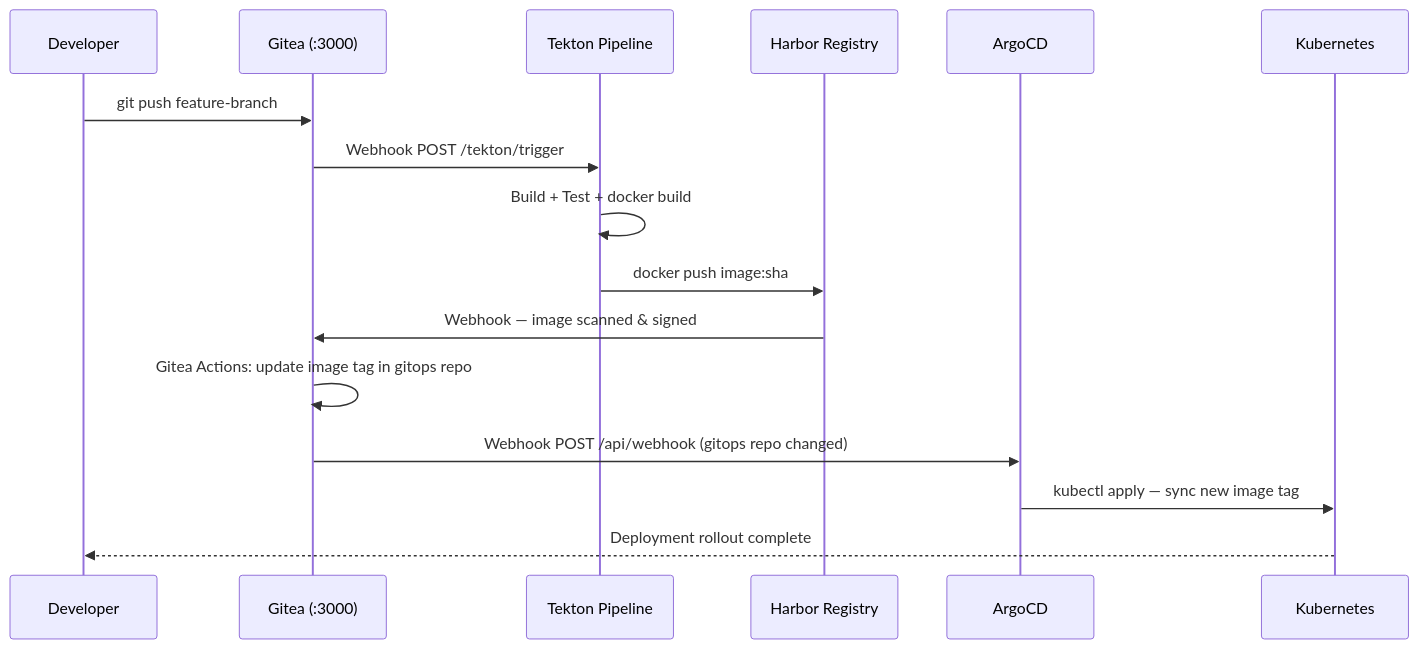
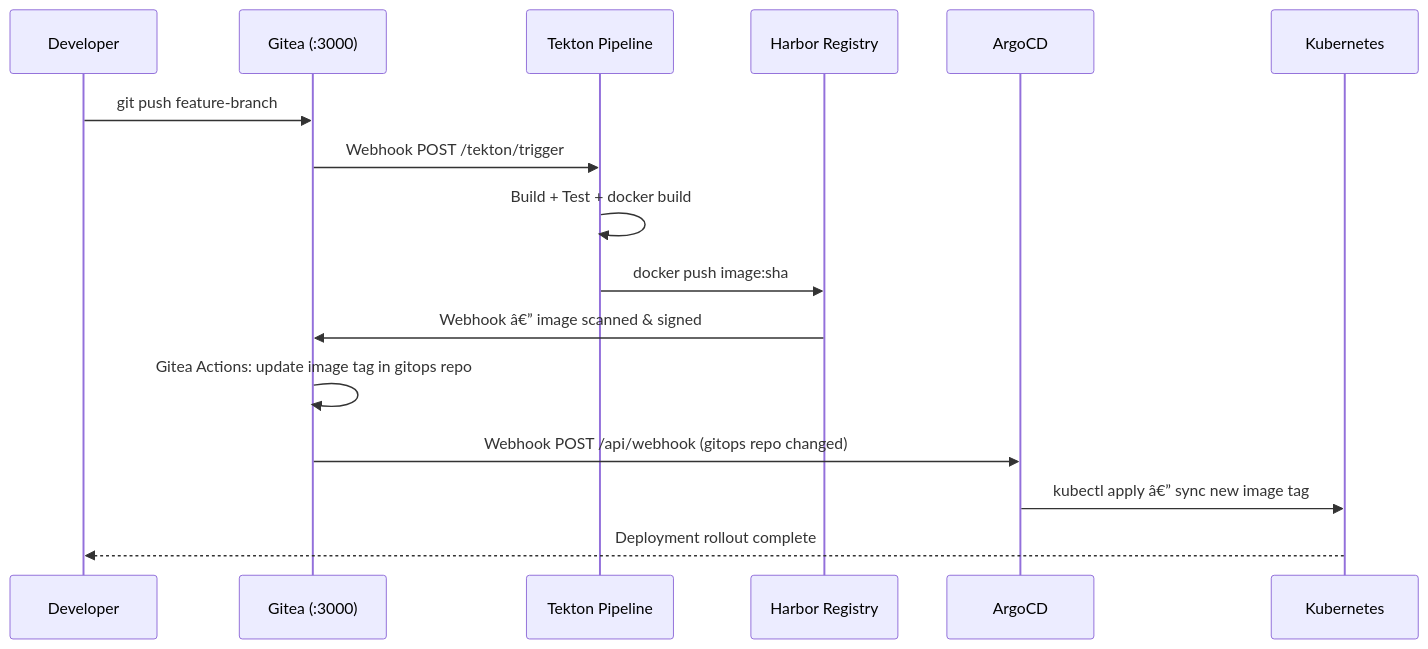
One commit to prabhat-roy/ShopOS changed the diagram in helm/infra/registry/gitea/README.md. Above: the diagram before and after it, drawn with Mermaid. The commit also changed other lines of this file and 403 other files, not shown here.

````diff
--- a/helm/infra/registry/gitea/README.md
+++ b/helm/infra/registry/gitea/README.md
@@ -23,19 +23,19 @@
 ```mermaid
 sequenceDiagram
     participant Dev as Developer
     participant Gitea as Gitea (:3000)
     participant Tekton as Tekton Pipeline
     participant Harbor as Harbor Registry
     participant ArgoCd as ArgoCD
     participant K8s as Kubernetes
 
     Dev->>Gitea: git push feature-branch
     Gitea->>Tekton: Webhook POST /tekton/trigger
     Tekton->>Tekton: Build + Test + docker build
     Tekton->>Harbor: docker push image:sha
-    Harbor->>Gitea: Webhook — image scanned & signed
+    Harbor->>Gitea: Webhook â€” image scanned & signed
     Gitea->>Gitea: Gitea Actions: update image tag in gitops repo
     Gitea->>ArgoCd: Webhook POST /api/webhook (gitops repo changed)
-    ArgoCd->>K8s: kubectl apply — sync new image tag
+    ArgoCd->>K8s: kubectl apply â€” sync new image tag
     K8s-->>Dev: Deployment rollout complete
 ```
````
